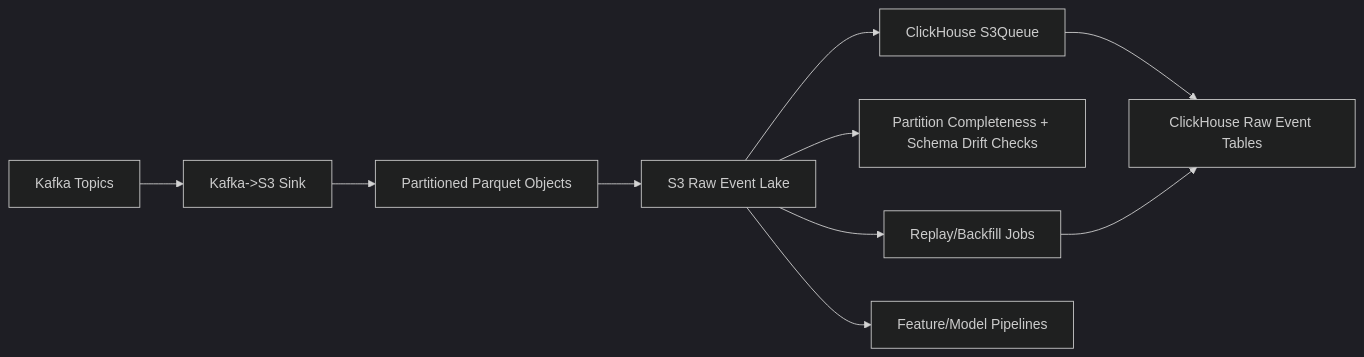
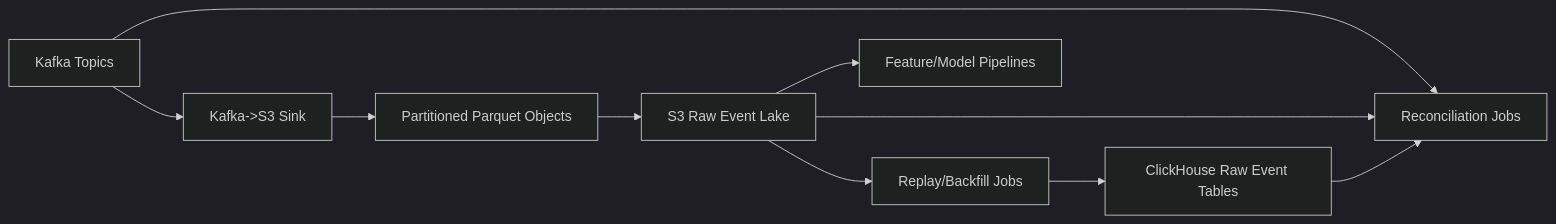
The diagram in docs/lld/03-s3-event-lake-lld.md (harshavardhan-99/-SQL-Engine-), drawn with Mermaid (dark theme) before and after one commit. The commit also changed other lines of this file and 7 other files, not shown here.

Commit message:
Rearchitect docs to parallel ingestion with reliability controls

````diff
--- a/docs/lld/03-s3-event-lake-lld.md
+++ b/docs/lld/03-s3-event-lake-lld.md
@@ -31,12 +30,14 @@
 ```mermaid
 flowchart LR
   Kafka["Kafka Topics"] --> Sink["Kafka->S3 Sink"]
   Sink --> Partitioned["Partitioned Parquet Objects"]
   Partitioned --> S3["S3 Raw Event Lake"]
-  S3 --> S3Q["ClickHouse S3Queue"]
-  S3Q --> CHRaw["ClickHouse Raw Event Tables"]
-  S3 --> DQ["Partition Completeness + Schema Drift Checks"]
+
+  Kafka --> Reconcile["Reconciliation Jobs"]
+  S3 --> Reconcile
+  CHRaw["ClickHouse Raw Event Tables"] --> Reconcile
+
   S3 --> Replay["Replay/Backfill Jobs"]
   Replay --> CHRaw
   S3 --> ML["Feature/Model Pipelines"]
 ```
````
